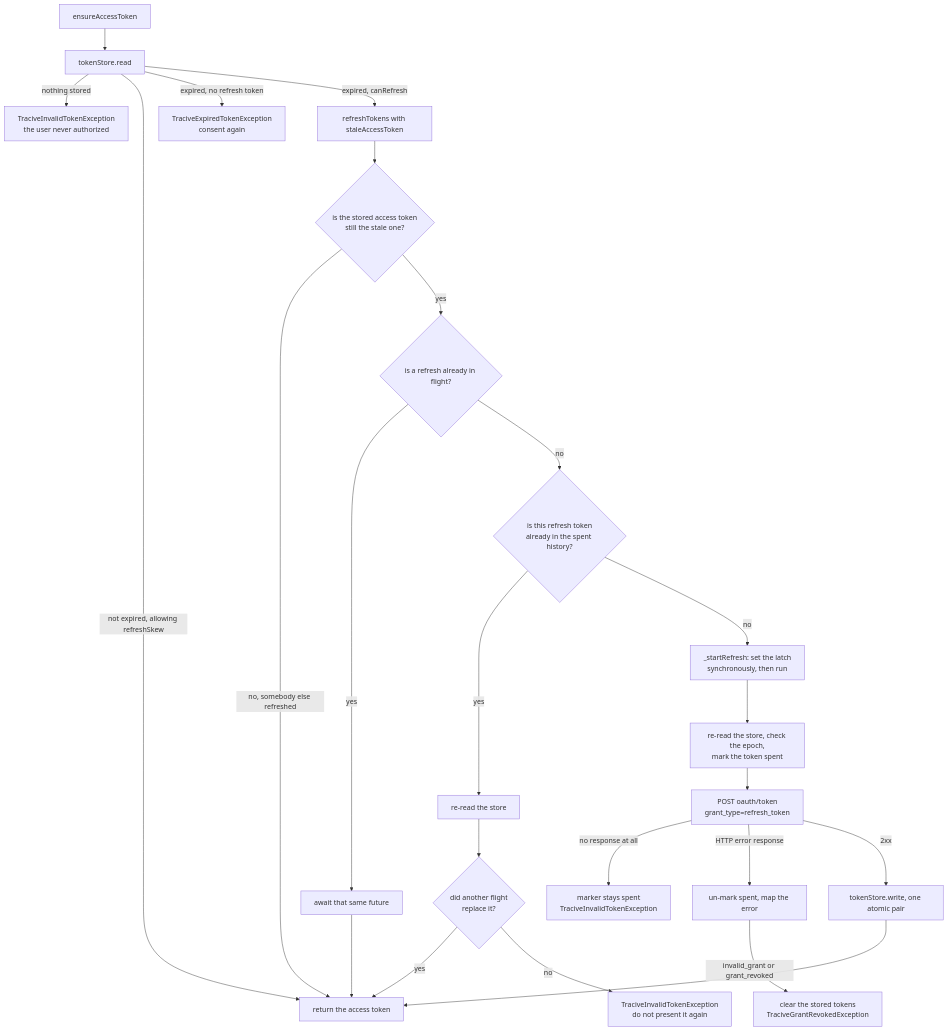
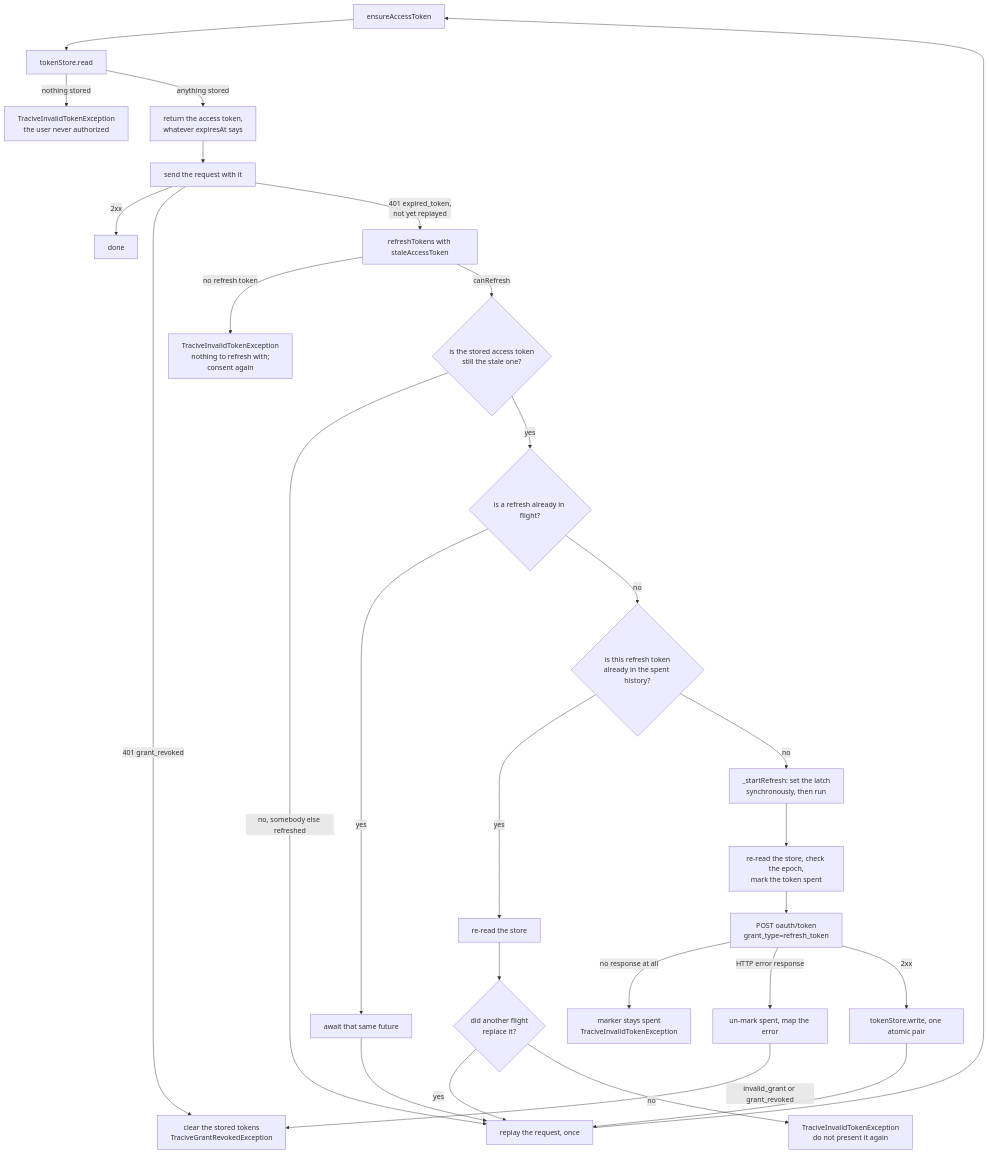
The third of 5 diagrams in doc/architecture.md (pleistocent/tracive-sdk-flutter), drawn with Mermaid before and after one commit. The commit also changed other lines of this file and 7 other files, not shown here.

````diff
--- a/doc/architecture.md
+++ b/doc/architecture.md
@@ -141,47 +143,54 @@
 ```mermaid
 flowchart TD
     Start["ensureAccessToken"]
     Read["tokenStore.read"]
     NoToken["TraciveInvalidTokenException<br/>the user never authorized"]
-    Use["return the access token"]
-    NoRefresh["TraciveExpiredTokenException<br/>consent again"]
+    Use["return the access token,<br/>whatever expiresAt says"]
+    Send["send the request with it"]
+    Done["done"]
+    Replay["replay the request, once"]
     Refresh["refreshTokens with staleAccessToken"]
+    NoRefresh["TraciveInvalidTokenException<br/>nothing to refresh with;<br/>consent again"]
     Stale{"is the stored access token<br/>still the stale one?"}
     Latch{"is a refresh already in flight?"}
     Join["await that same future"]
     Spent{"is this refresh token<br/>already in the spent history?"}
     Reread["re-read the store"]
     Replaced{"did another flight<br/>replace it?"}
     DeadEnd["TraciveInvalidTokenException<br/>do not present it again"]
     Flight["_startRefresh: set the latch<br/>synchronously, then run"]
     Perform["re-read the store, check the epoch,<br/>mark the token spent"]
     Post["POST oauth/token<br/>grant_type=refresh_token"]
     NoAnswer["marker stays spent<br/>TraciveInvalidTokenException"]
     HttpError["un-mark spent, map the error"]
     Revoked["clear the stored tokens<br/>TraciveGrantRevokedException"]
     Write["tokenStore.write, one atomic pair"]
 
     Start --> Read
     Read -->|"nothing stored"| NoToken
-    Read -->|"not expired, allowing refreshSkew"| Use
-    Read -->|"expired, no refresh token"| NoRefresh
-    Read -->|"expired, canRefresh"| Refresh
-    Refresh --> Stale
-    Stale -->|"no, somebody else refreshed"| Use
+    Read -->|"anything stored"| Use
+    Use --> Send
+    Send -->|"2xx"| Done
+    Send -->|"401 grant_revoked"| Revoked
+    Send -->|"401 expired_token,<br/>not yet replayed"| Refresh
+    Refresh -->|"no refresh token"| NoRefresh
+    Refresh -->|"canRefresh"| Stale
+    Stale -->|"no, somebody else refreshed"| Replay
     Stale -->|"yes"| Latch
     Latch -->|"yes"| Join
-    Join --> Use
+    Join --> Replay
     Latch -->|"no"| Spent
     Spent -->|"yes"| Reread
     Reread --> Replaced
-    Replaced -->|"yes"| Use
+    Replaced -->|"yes"| Replay
     Replaced -->|"no"| DeadEnd
     Spent -->|"no"| Flight
     Flight --> Perform
     Perform --> Post
     Post -->|"no response at all"| NoAnswer
     Post -->|"HTTP error response"| HttpError
     HttpError -->|"invalid_grant or grant_revoked"| Revoked
     Post -->|"2xx"| Write
-    Write --> Use
+    Write --> Replay
+    Replay --> Start
 ```
````
